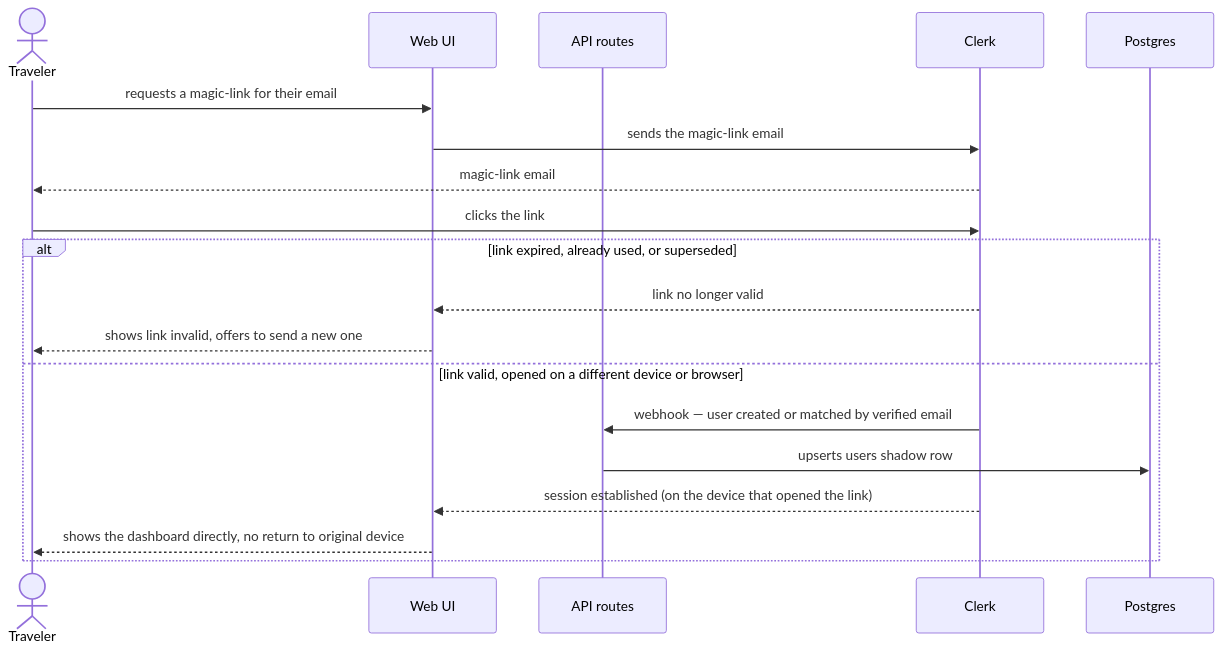
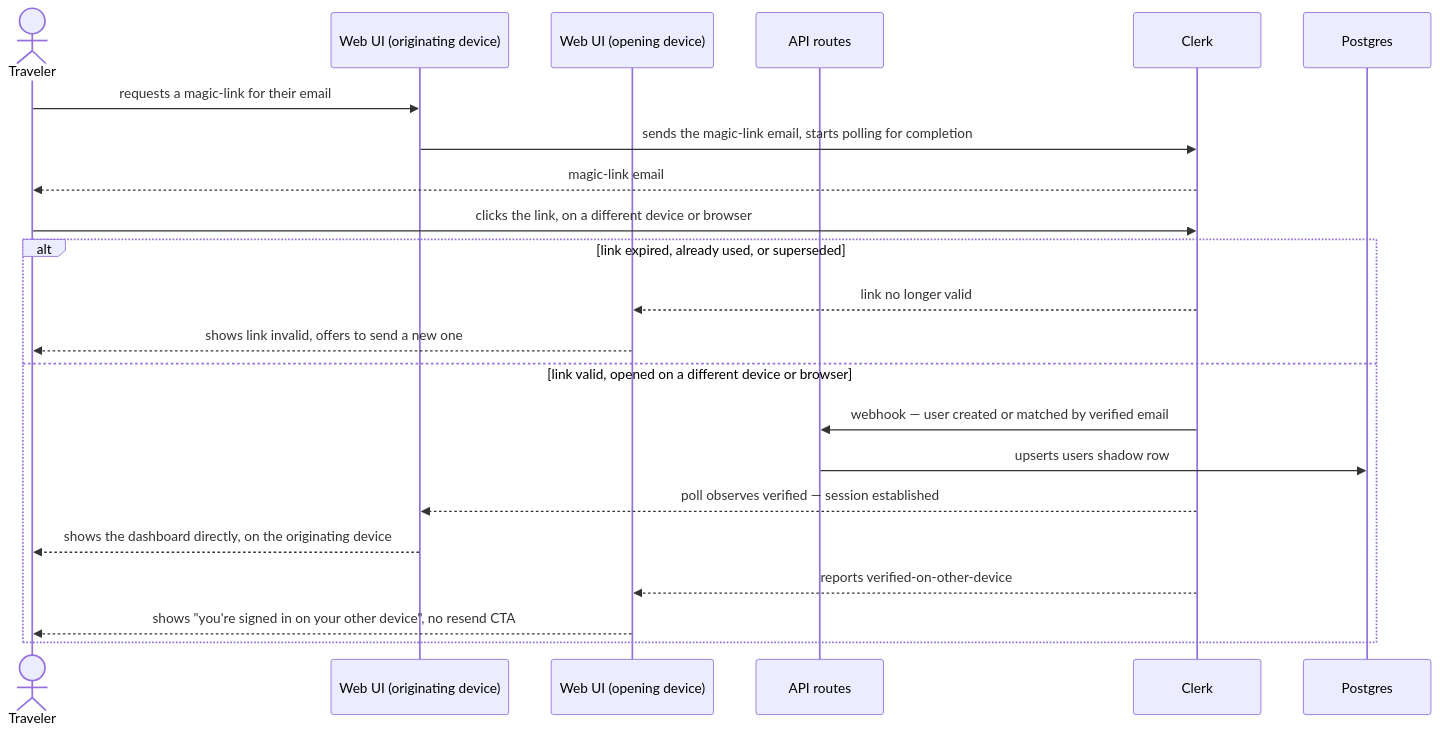
The fifth of 9 diagrams in docs/features/auth-user-plus-dashboard/sad.md (AntonSkybytskyi/daysleft), drawn with Mermaid before and after one commit. The commit also changed 2 other files, not shown here.

Commit message:
docs(auth): state AC-02b's originating-device outcome in spec/SAD/UX-flows
spec.md's AC-02b, sad.md's flow 3, and ux-flows.md's US-01 flow all described
the opening device getting the dashboard with no return to the original —
the opposite of what T60's originating-device polling actually delivers.
Round 5 review resolved this direction: keep the polling mechanism (it's
genuinely tested against the real Clerk SDK contract), amend the docs to
match.

SDD-Task: T65
SDD-AC: AC-02b

Claude-Session: https://claude.ai/code/session_018DM5Kwo9iz9TdQZvquNxQv

````diff
--- a/docs/features/auth-user-plus-dashboard/sad.md
+++ b/docs/features/auth-user-plus-dashboard/sad.md
@@ -194,22 +194,25 @@
 ```mermaid
 sequenceDiagram
     actor Traveler
-    participant Web UI
+    participant Web UI (originating device)
+    participant Web UI (opening device)
     participant API routes
     participant Clerk
     participant Postgres
 
-    Traveler->>Web UI: requests a magic-link for their email
-    Web UI->>Clerk: sends the magic-link email
+    Traveler->>Web UI (originating device): requests a magic-link for their email
+    Web UI (originating device)->>Clerk: sends the magic-link email, starts polling for completion
     Clerk-->>Traveler: magic-link email
-    Traveler->>Clerk: clicks the link
+    Traveler->>Clerk: clicks the link, on a different device or browser
     alt link expired, already used, or superseded
-        Clerk-->>Web UI: link no longer valid
-        Web UI-->>Traveler: shows link invalid, offers to send a new one
+        Clerk-->>Web UI (opening device): link no longer valid
+        Web UI (opening device)-->>Traveler: shows link invalid, offers to send a new one
     else link valid, opened on a different device or browser
         Clerk->>API routes: webhook — user created or matched by verified email
         API routes->>Postgres: upserts users shadow row
-        Clerk-->>Web UI: session established (on the device that opened the link)
-        Web UI-->>Traveler: shows the dashboard directly, no return to original device
+        Clerk-->>Web UI (originating device): poll observes verified — session established
+        Web UI (originating device)-->>Traveler: shows the dashboard directly, on the originating device
+        Clerk-->>Web UI (opening device): reports verified-on-other-device
+        Web UI (opening device)-->>Traveler: shows "you're signed in on your other device", no resend CTA
     end
 ```
````
